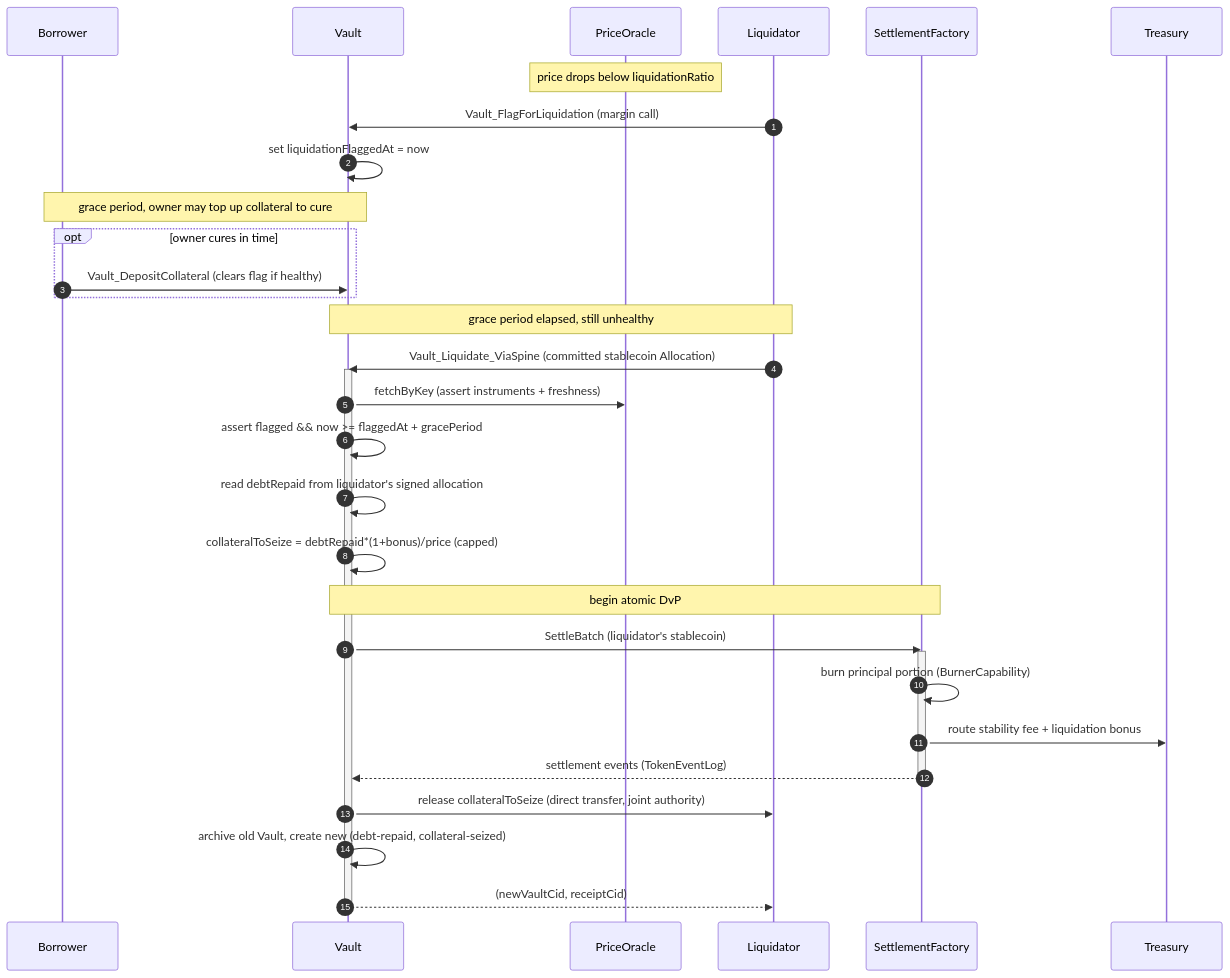
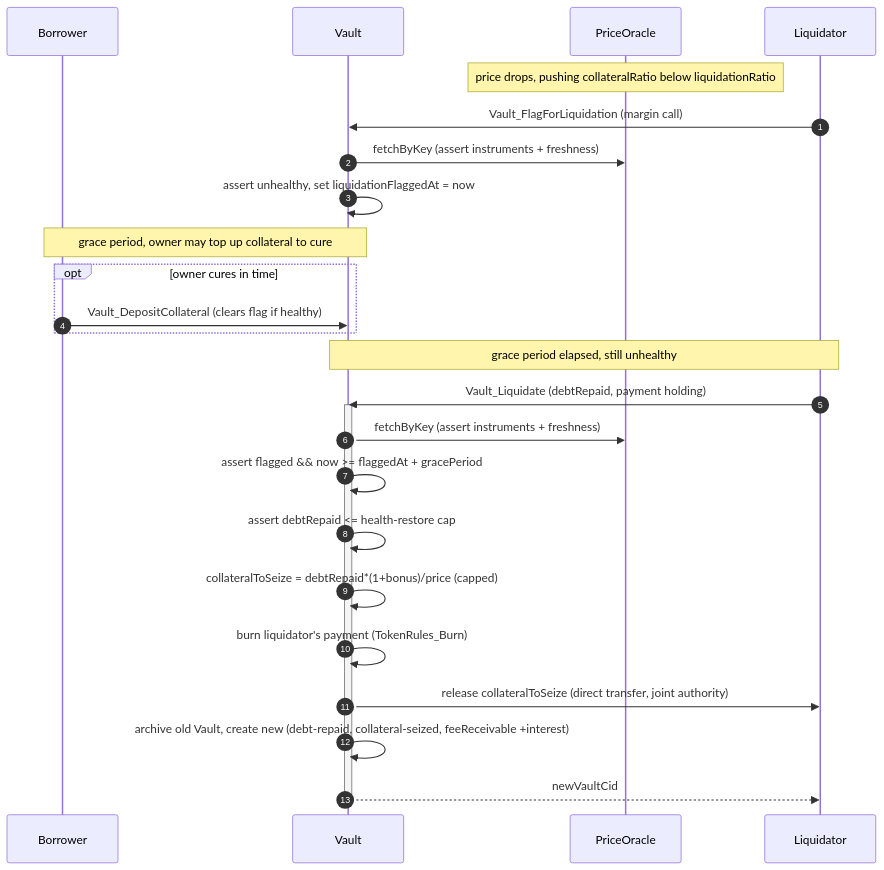
The seventh of 7 diagrams in docs/reference-architectures/lending.md (OpenZeppelin/canton-specs), drawn with Mermaid before and after one commit. The commit also changed other lines of this file and 3 other files, not shown here.

````diff
--- a/docs/reference-architectures/lending.md
+++ b/docs/reference-architectures/lending.md
@@ -260,36 +382,29 @@
 ```mermaid
 sequenceDiagram
     autonumber
     participant B as Borrower
     participant V as Vault
     participant O as PriceOracle
     participant L as Liquidator
-    participant SF as SettlementFactory
-    participant T as Treasury
 
-    note over O: price drops below liquidationRatio
+    note over O: price drops, pushing collateralRatio below liquidationRatio
     L->>V: Vault_FlagForLiquidation (margin call)
-    V->>V: set liquidationFlaggedAt = now
+    V->>O: fetchByKey (assert instruments + freshness)
+    V->>V: assert unhealthy, set liquidationFlaggedAt = now
     note over B,V: grace period, owner may top up collateral to cure
     opt owner cures in time
         B->>V: Vault_DepositCollateral (clears flag if healthy)
     end
     note over L,V: grace period elapsed, still unhealthy
-    L->>V: Vault_Liquidate_ViaSpine (committed stablecoin Allocation)
+    L->>V: Vault_Liquidate (debtRepaid, payment holding)
     activate V
     V->>O: fetchByKey (assert instruments + freshness)
     V->>V: assert flagged && now >= flaggedAt + gracePeriod
-    V->>V: read debtRepaid from liquidator's signed allocation
+    V->>V: assert debtRepaid <= health-restore cap
     V->>V: collateralToSeize = debtRepaid*(1+bonus)/price (capped)
-    note over V,SF: begin atomic DvP
-    V->>SF: SettleBatch (liquidator's stablecoin)
-    activate SF
-    SF->>SF: burn principal portion (BurnerCapability)
-    SF->>T: route stability fee + liquidation bonus
-    SF-->>V: settlement events (TokenEventLog)
-    deactivate SF
+    V->>V: burn liquidator's payment (TokenRules_Burn)
     V->>L: release collateralToSeize (direct transfer, joint authority)
-    V->>V: archive old Vault, create new (debt-repaid, collateral-seized)
-    V-->>L: (newVaultCid, receiptCid)
+    V->>V: archive old Vault, create new (debt-repaid, collateral-seized, feeReceivable +interest)
+    V-->>L: newVaultCid
     deactivate V
 ```
````
